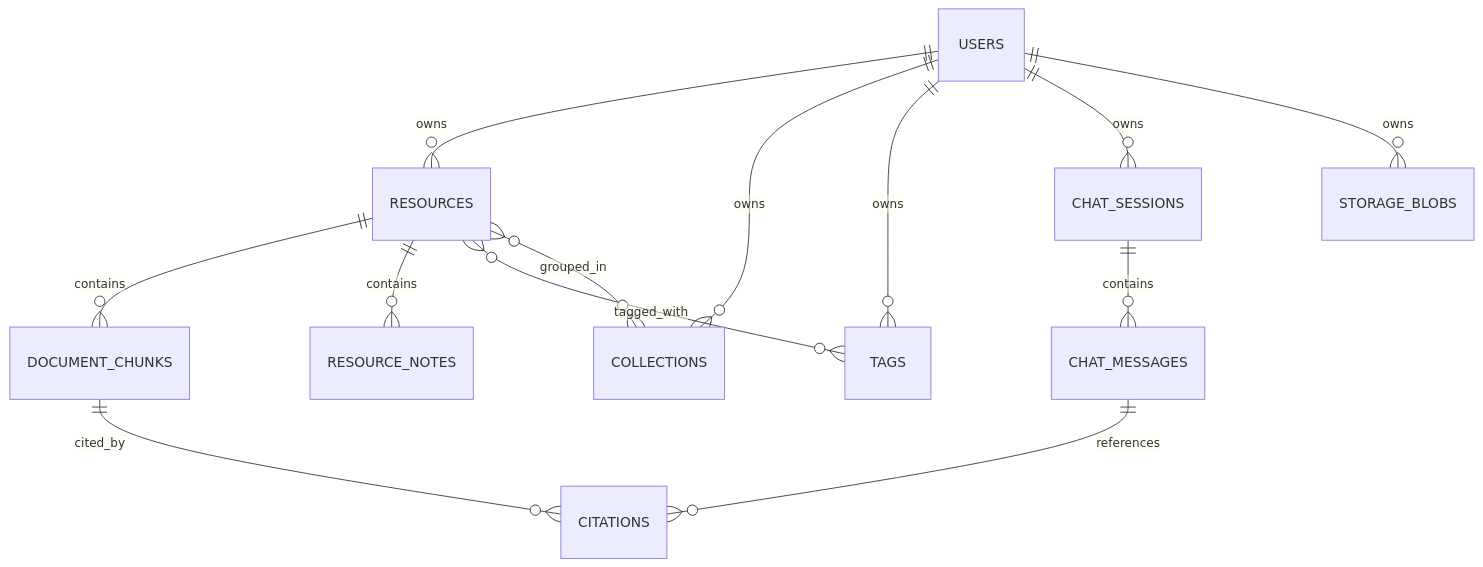
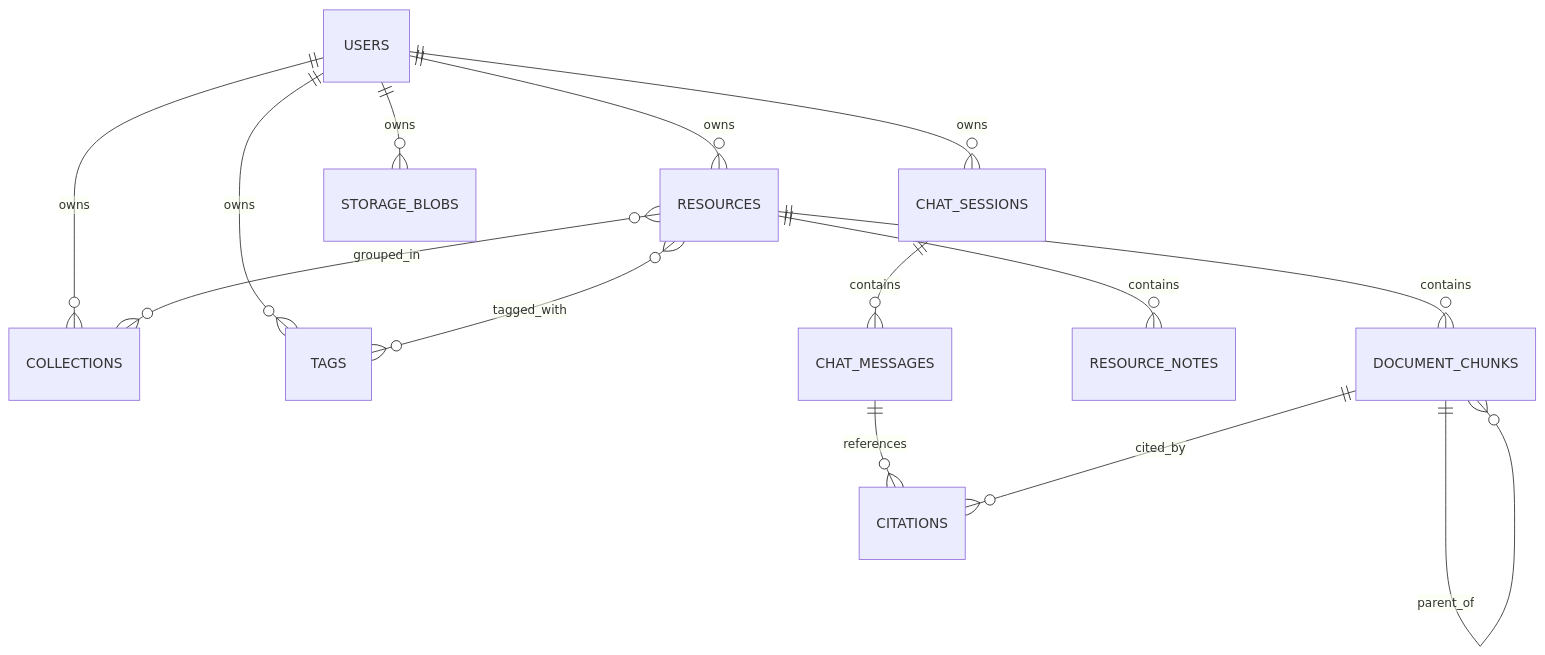
One commit to dbp3206-source/group_sync changed the fourth of 4 diagrams in README.md. Above: the diagram before and after it, drawn with Mermaid. The commit also changed other lines of this file and 16 other files, not shown here.

````diff
--- a/README.md
+++ b/README.md
@@ -157,17 +163,18 @@
 ```mermaid
 erDiagram
     USERS ||--o{ RESOURCES : owns
     USERS ||--o{ COLLECTIONS : owns
     USERS ||--o{ TAGS : owns
     USERS ||--o{ CHAT_SESSIONS : owns
     USERS ||--o{ STORAGE_BLOBS : owns
 
     RESOURCES ||--o{ DOCUMENT_CHUNKS : contains
     RESOURCES ||--o{ RESOURCE_NOTES : contains
     RESOURCES }o--o{ TAGS : tagged_with
     RESOURCES }o--o{ COLLECTIONS : grouped_in
 
+    DOCUMENT_CHUNKS ||--o{ DOCUMENT_CHUNKS : parent_of
     CHAT_SESSIONS ||--o{ CHAT_MESSAGES : contains
     CHAT_MESSAGES ||--o{ CITATIONS : references
     DOCUMENT_CHUNKS ||--o{ CITATIONS : cited_by
 ```
````
